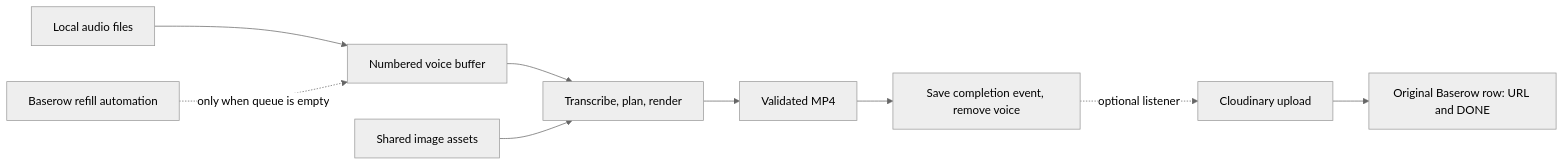
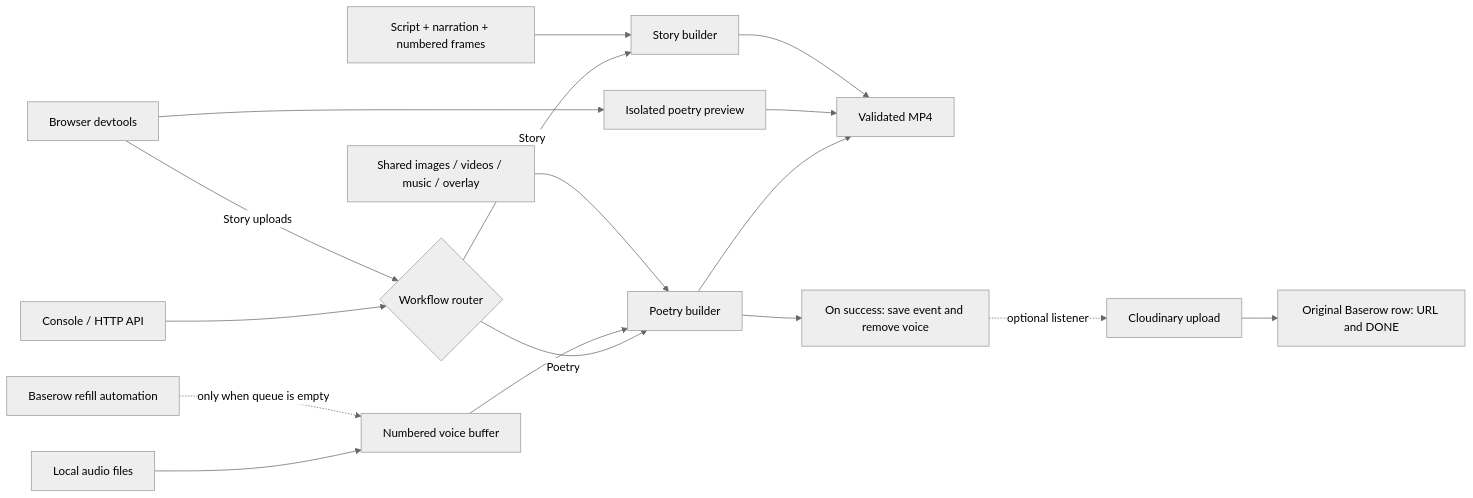
One commit to houssamBensiyed/poetry-shorts-maker changed the diagram in README.md. Above: the diagram before and after it, drawn with Mermaid (neutral theme). The commit also changed other lines of this file, not shown here.

Commit message:
Document V1 and V2 builders, output formats and persistent devtools settings

````diff
--- a/README.md
+++ b/README.md
@@ -7,11 +23,19 @@
 ```mermaid
 flowchart LR
+    Clients[Console / HTTP API] --> Router{Workflow router}
+    Devtools[Browser devtools] --> Preview[Isolated poetry preview]
+    Devtools -->|Story uploads| Router
+    Router -->|Poetry| Poetry[Poetry builder]
+    Router -->|Story| Story[Story builder]
     Files[Local audio files] --> Queue[Numbered voice buffer]
-    Queue --> Worker[Transcribe, plan, render]
-    Images[Shared image assets] --> Worker
-    Worker --> Video[Validated MP4]
-    Video --> Consume[Save completion event, remove voice]
+    Queue --> Poetry
+    Assets[Shared images / videos / music / overlay] --> Poetry
+    Section[Script + narration + numbered frames] --> Story
+    Poetry --> Video[Validated MP4]
+    Preview --> Video
+    Story --> Video
+    Poetry --> Consume[On success: save event and remove voice]
     Baserow[Baserow refill automation] -. only when queue is empty .-> Queue
     Consume -. optional listener .-> Upload[Cloudinary upload]
     Upload --> Sheet[Original Baserow row: URL and DONE]
 ```
````
